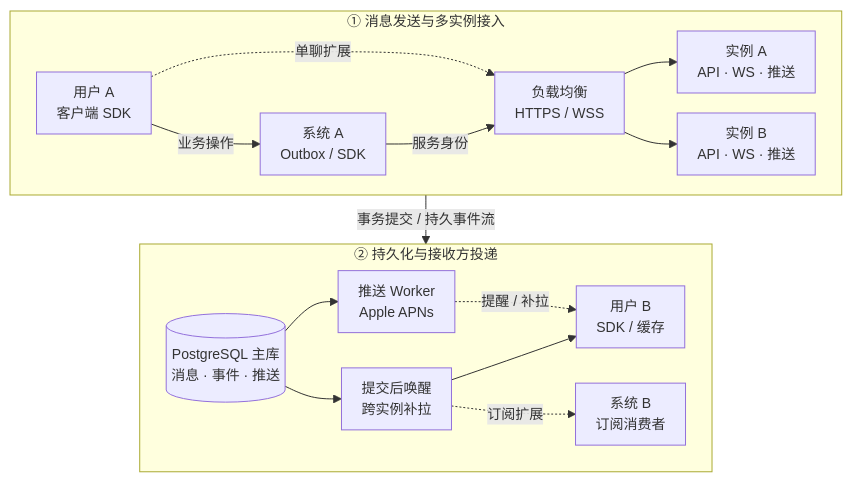
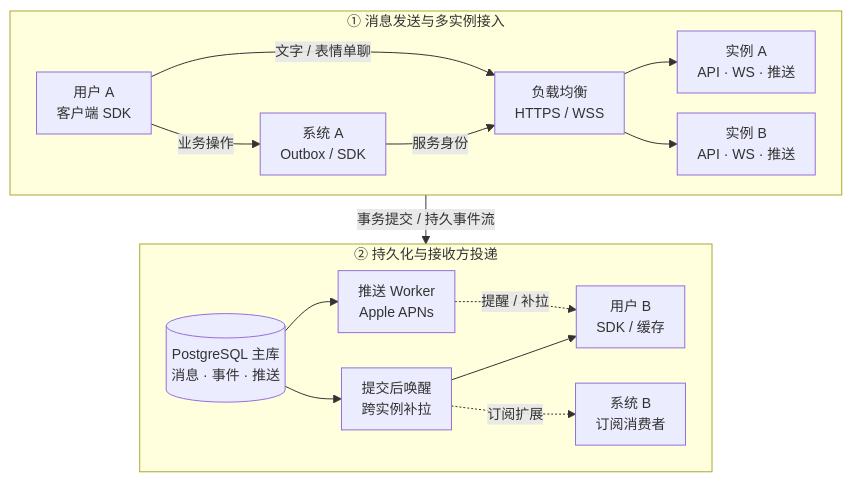
The diagram in README.md (bitlap/polyglot-im), drawn with Mermaid before and after one commit. The commit also changed other lines of this file and 46 other files, not shown here.

````diff
--- a/README.md
+++ b/README.md
@@ -9,23 +9,23 @@
 ```mermaid
 %%{init: {"flowchart": {"nodeSpacing": 20, "rankSpacing": 28, "padding": 10}, "themeVariables": {"fontSize": "14px"}}}%%
 flowchart TB
   subgraph Ingress["① 消息发送与多实例接入"]
     direction LR
-    UA["用户 A<br/>客户端 SDK"] -.->|"单聊扩展"| Gateway["负载均衡<br/>HTTPS / WSS"]
+    UA["用户 A<br/>客户端 SDK"] -->|"文字 / 表情单聊"| Gateway["负载均衡<br/>HTTPS / WSS"]
     SA["系统 A<br/>Outbox / SDK"] -->|"服务身份"| Gateway
     UA -->|"业务操作"| SA
     Gateway --> A["实例 A<br/>API · WS · 推送"]
     Gateway --> B["实例 B<br/>API · WS · 推送"]
   end
 
   subgraph Delivery["② 持久化与接收方投递"]
     direction LR
     DB[("PostgreSQL 主库<br/>消息 · 事件 · 推送")] --> Route["提交后唤醒<br/>跨实例补拉"]
     Route --> UB["用户 B<br/>SDK / 缓存"]
     Route -.->|"订阅扩展"| SB["系统 B<br/>订阅消费者"]
     DB --> Push["推送 Worker<br/>Apple APNs"]
     Push -.->|"提醒 / 补拉"| UB
   end
 
   Ingress -->|"事务提交 / 持久事件流"| Delivery
 ```
````
